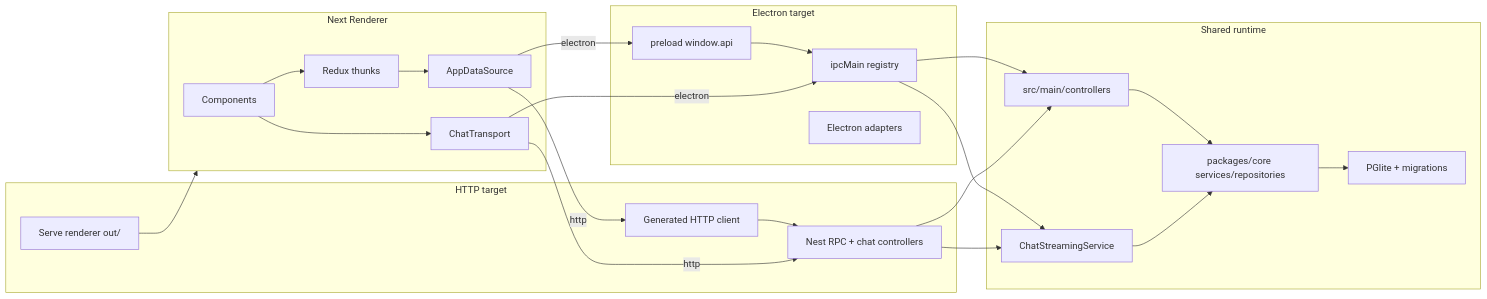
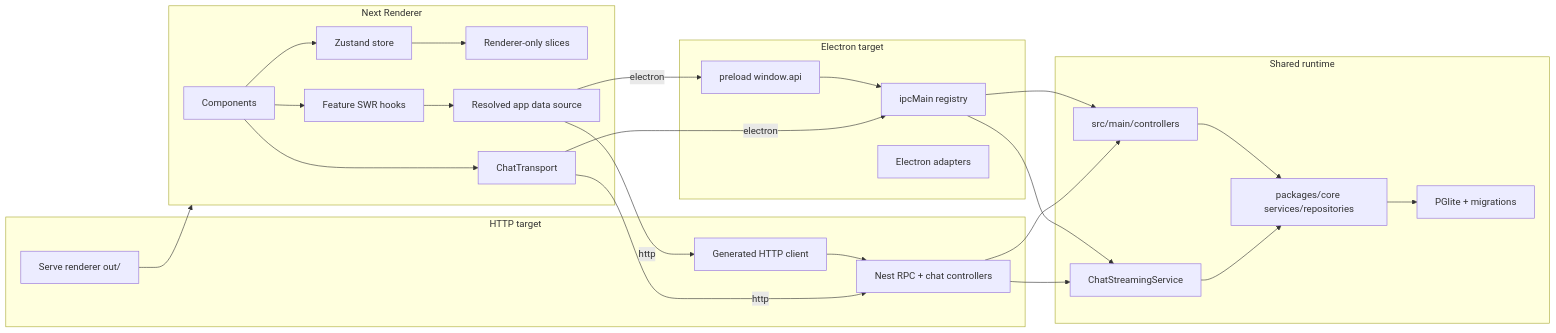
One commit to cosmo-cp/cosmo-studio changed the diagram in docs/ARCHITECTURE.md. Above: the diagram before and after it, drawn with Mermaid. The commit also changed other lines of this file and 124 other files, not shown here.

````diff
--- a/docs/ARCHITECTURE.md
+++ b/docs/ARCHITECTURE.md
@@ -7,41 +7,45 @@
 ```mermaid
 flowchart LR
   subgraph Renderer["Next Renderer"]
     UI["Components"]
-    Redux["Redux thunks"]
-    DataSource["AppDataSource"]
+    Zustand["Zustand store"]
+    Swr["Feature SWR hooks"]
+    UiState["Renderer-only slices"]
+    DataSource["Resolved app data source"]
     ChatTransport["ChatTransport"]
-    UI --> Redux
-    Redux --> DataSource
+    UI --> Zustand
+    UI --> Swr
+    Zustand --> UiState
+    Swr --> DataSource
     UI --> ChatTransport
   end
 
   subgraph Electron["Electron target"]
     Preload["preload window.api"]
     Ipc["ipcMain registry"]
     ElectronAdapters["Electron adapters"]
   end
 
   subgraph Http["HTTP target"]
     HttpClient["Generated HTTP client"]
     Nest["Nest RPC + chat controllers"]
     Static["Serve renderer out/"]
   end
 
   subgraph Shared["Shared runtime"]
     Controllers["src/main/controllers"]
     StreamService["ChatStreamingService"]
     Core["packages/core services/repositories"]
     DB["PGlite + migrations"]
   end
 
   DataSource -->|electron| Preload --> Ipc --> Controllers
   DataSource -->|http| HttpClient --> Nest --> Controllers
   ChatTransport -->|electron| Ipc
   ChatTransport -->|http| Nest
   Ipc --> StreamService
   Nest --> StreamService
   Controllers --> Core --> DB
   StreamService --> Core
   Static --> Renderer
 ```
````
